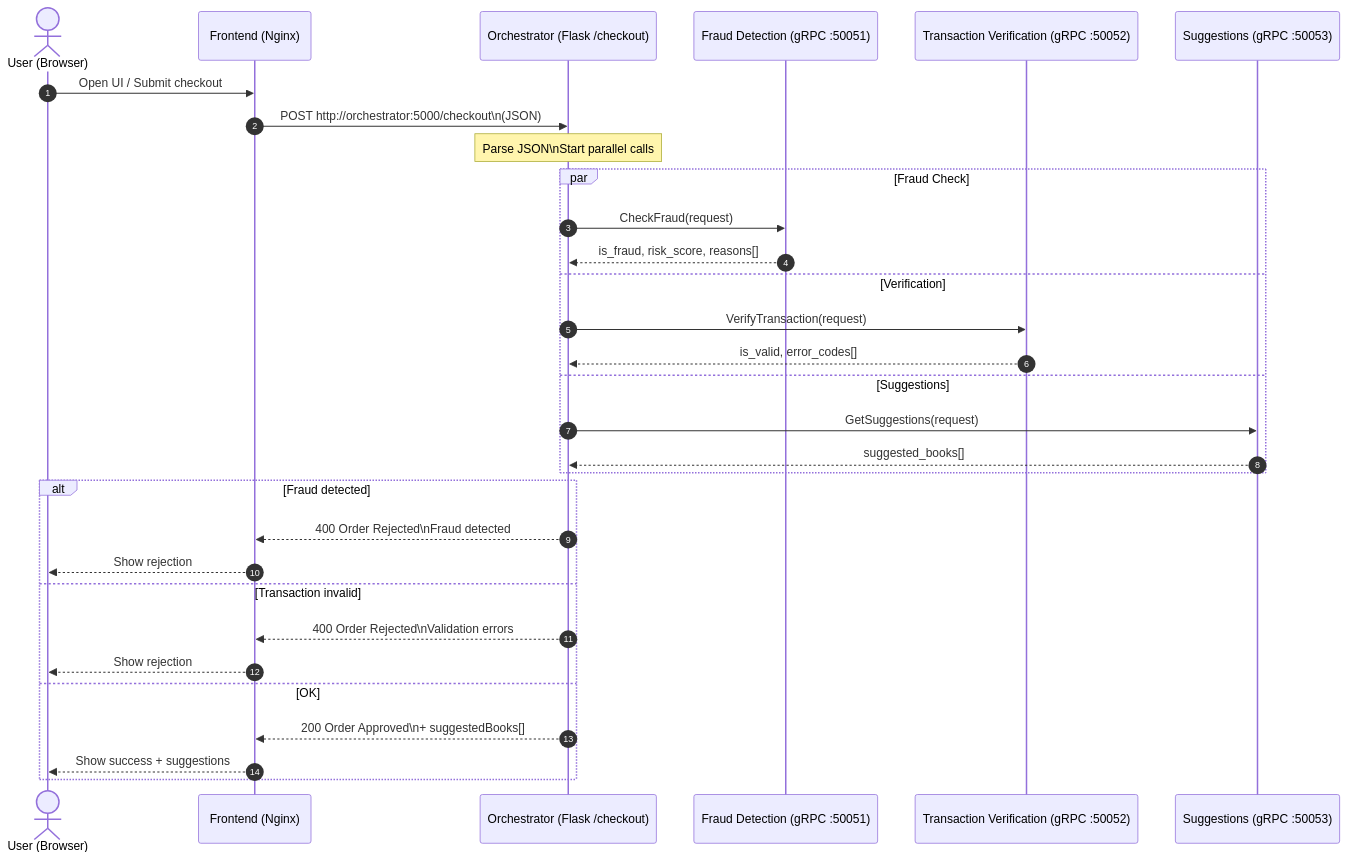
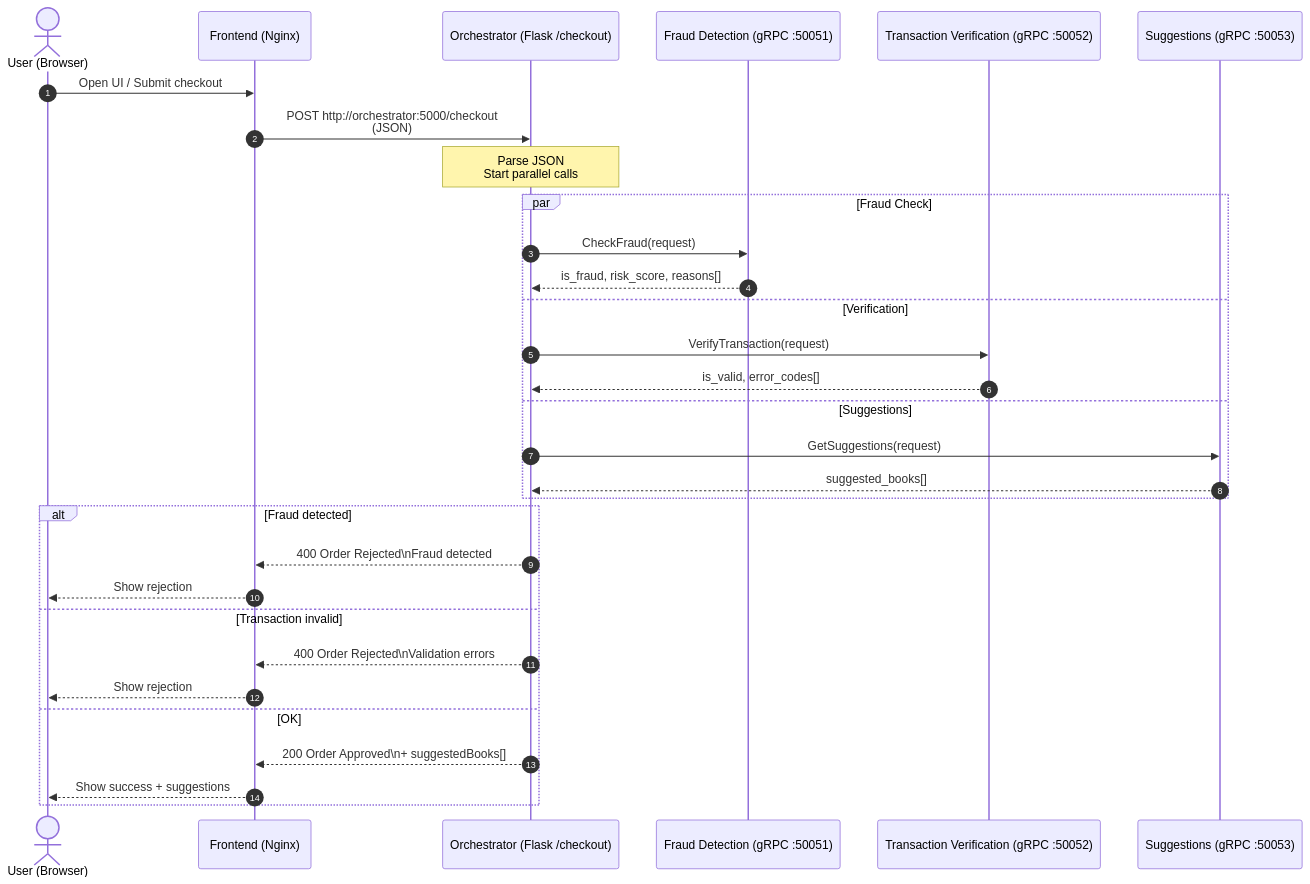
One commit to NickPoint/ds-practice-2026 changed the second of 2 diagrams in docs/README.md. Above: the diagram before and after it, drawn with Mermaid. The commit also changed other lines of this file, not shown here.

Commit message:
Refactor diagrams

````diff
--- a/docs/README.md
+++ b/docs/README.md
@@ -78,37 +78,37 @@
 ```mermaid
 sequenceDiagram
   autonumber
   actor User as User (Browser)
   participant FE as Frontend (Nginx)
   participant ORCH as Orchestrator (Flask /checkout)
   participant FD as Fraud Detection (gRPC :50051)
   participant TV as Transaction Verification (gRPC :50052)
   participant SG as Suggestions (gRPC :50053)
 
   User->>FE: Open UI / Submit checkout
-  FE->>ORCH: POST http://orchestrator:5000/checkout\n(JSON)
+  FE->>ORCH: POST http://orchestrator:5000/checkout<br/>(JSON)
 
-  Note over ORCH: Parse JSON\nStart parallel calls
+  Note over ORCH: Parse JSON<br/>Start parallel calls
 
   par Fraud Check
     ORCH->>FD: CheckFraud(request)
     FD-->>ORCH: is_fraud, risk_score, reasons[]
   and Verification
     ORCH->>TV: VerifyTransaction(request)
     TV-->>ORCH: is_valid, error_codes[]
   and Suggestions
     ORCH->>SG: GetSuggestions(request)
     SG-->>ORCH: suggested_books[]
   end
 
   alt Fraud detected
     ORCH-->>FE: 400 Order Rejected\nFraud detected
     FE-->>User: Show rejection
   else Transaction invalid
     ORCH-->>FE: 400 Order Rejected\nValidation errors
     FE-->>User: Show rejection
   else OK
     ORCH-->>FE: 200 Order Approved\n+ suggestedBooks[]
     FE-->>User: Show success + suggestions
   end
 ```
````
